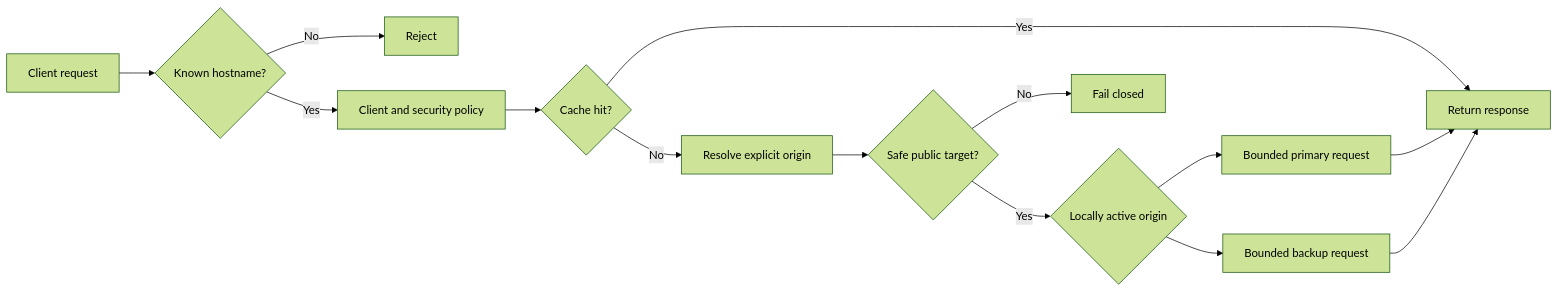
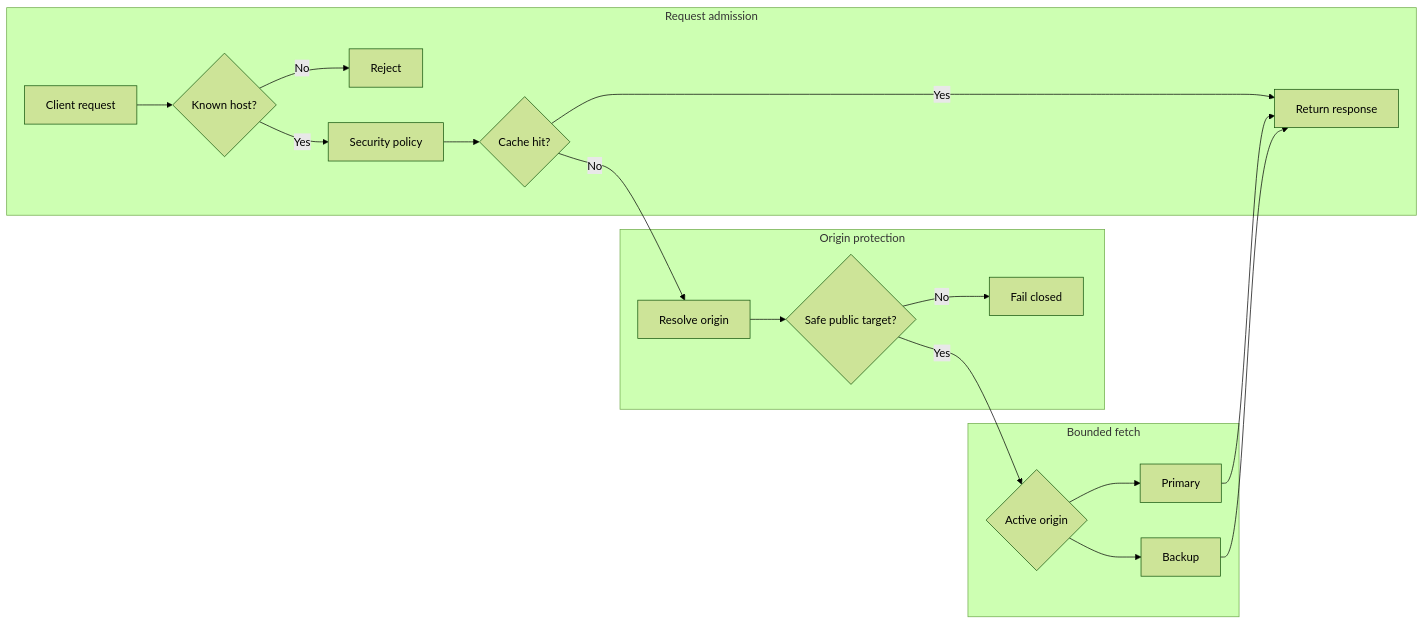
The diagram in docs/guides/proxy-and-origins.md (vaheed/CDNFoundry), drawn with Mermaid (forest theme) before and after one commit. The commit also changed 24 other files, not shown here.

````diff
--- a/docs/guides/proxy-and-origins.md
+++ b/docs/guides/proxy-and-origins.md
@@ -16,16 +16,20 @@
 ```mermaid
 flowchart LR
-    Request["Client request"] --> Host{"Known hostname?"}
-    Host -- No --> Reject["Reject"]
-    Host -- Yes --> Security["Client and security policy"]
-    Security --> Cache{"Cache hit?"}
-    Cache -- Yes --> Return["Return response"]
-    Cache -- No --> Resolve["Resolve explicit origin"]
-    Resolve --> Safe{"Safe public target?"}
-    Safe -- No --> Fail["Fail closed"]
-    Safe -- Yes --> Origin{"Locally active origin"}
-    Origin --> Primary["Bounded primary request"]
-    Origin --> Backup["Bounded backup request"]
-    Primary --> Return
-    Backup --> Return
+    subgraph Admit["Request admission"]
+      Request["Client request"] --> Host{"Known host?"}
+      Host -- No --> Reject["Reject"]
+      Host -- Yes --> Security["Security policy"] --> Cache{"Cache hit?"}
+      Cache -- Yes --> Return["Return response"]
+    end
+    subgraph Protect["Origin protection"]
+      Cache -- No --> Resolve["Resolve origin"] --> Safe{"Safe public target?"}
+      Safe -- No --> Fail["Fail closed"]
+    end
+    subgraph Fetch["Bounded fetch"]
+      Safe -- Yes --> Origin{"Active origin"}
+      Origin --> Primary["Primary"]
+      Origin --> Backup["Backup"]
+      Primary --> Return
+      Backup --> Return
+    end
 ```
````
